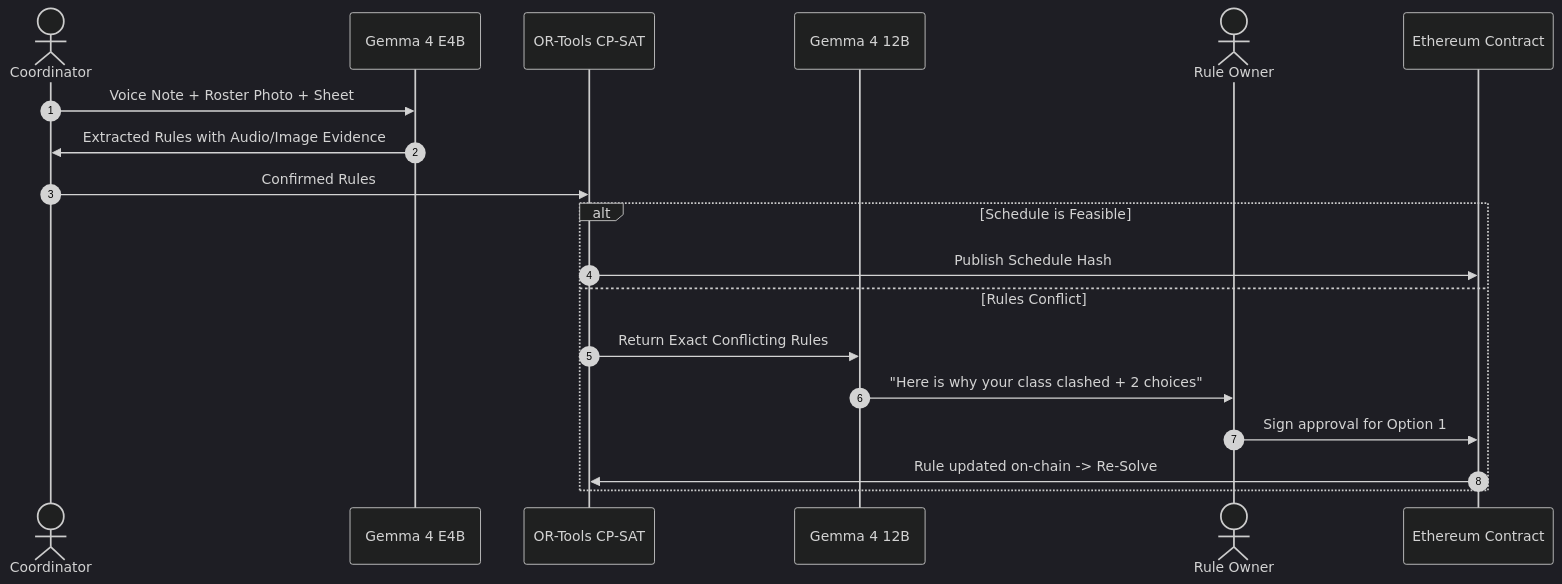
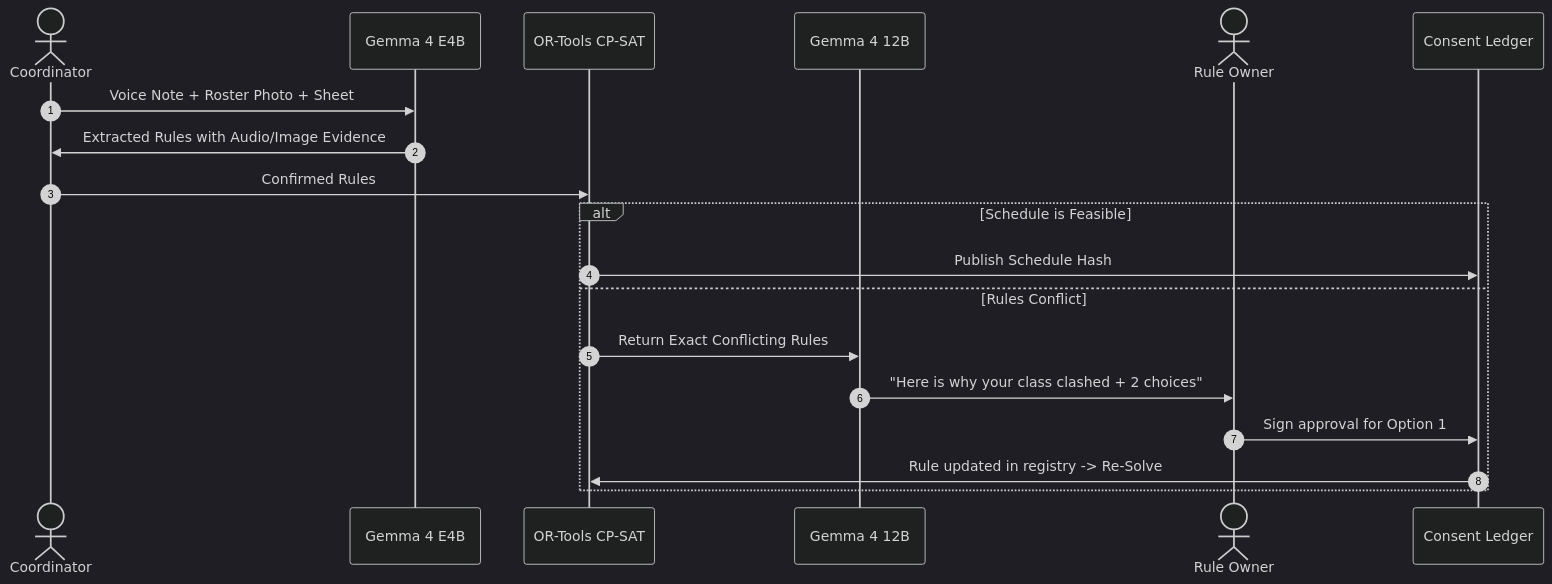
One commit to ANUJ760/PhishTank changed the fourth of 5 diagrams in README.md. Above: the diagram before and after it, drawn with Mermaid (dark theme). The commit also changed other lines of this file and 28 other files, not shown here.

````diff
--- a/README.md
+++ b/README.md
@@ -229,23 +229,23 @@
 ```mermaid
 sequenceDiagram
     autonumber
     actor Coordinator
     participant Gemma as Gemma 4 E4B
     participant Solver as OR-Tools CP-SAT
     participant Explainer as Gemma 4 12B
     actor Teacher as Rule Owner
-    participant Chain as Ethereum Contract
+    participant Ledger as Consent Ledger
 
     Coordinator->>Gemma: Voice Note + Roster Photo + Sheet
     Gemma->>Coordinator: Extracted Rules with Audio/Image Evidence
     Coordinator->>Solver: Confirmed Rules
     
     alt Schedule is Feasible
-        Solver->>Chain: Publish Schedule Hash
+        Solver->>Ledger: Publish Schedule Hash
     else Rules Conflict
         Solver->>Explainer: Return Exact Conflicting Rules
         Explainer->>Teacher: "Here is why your class clashed + 2 choices"
-        Teacher->>Chain: Sign approval for Option 1
-        Chain->>Solver: Rule updated on-chain -> Re-Solve
+        Teacher->>Ledger: Sign approval for Option 1
+        Ledger->>Solver: Rule updated in registry -> Re-Solve
     end
 ```
````
